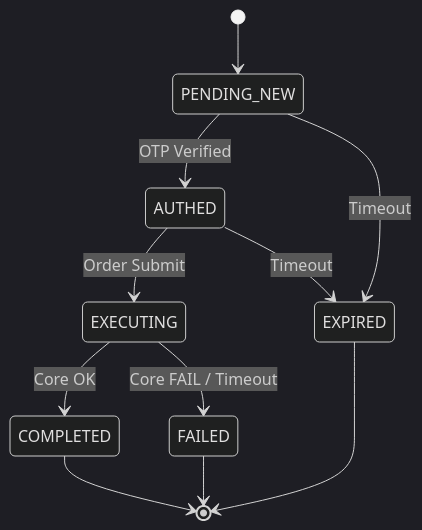
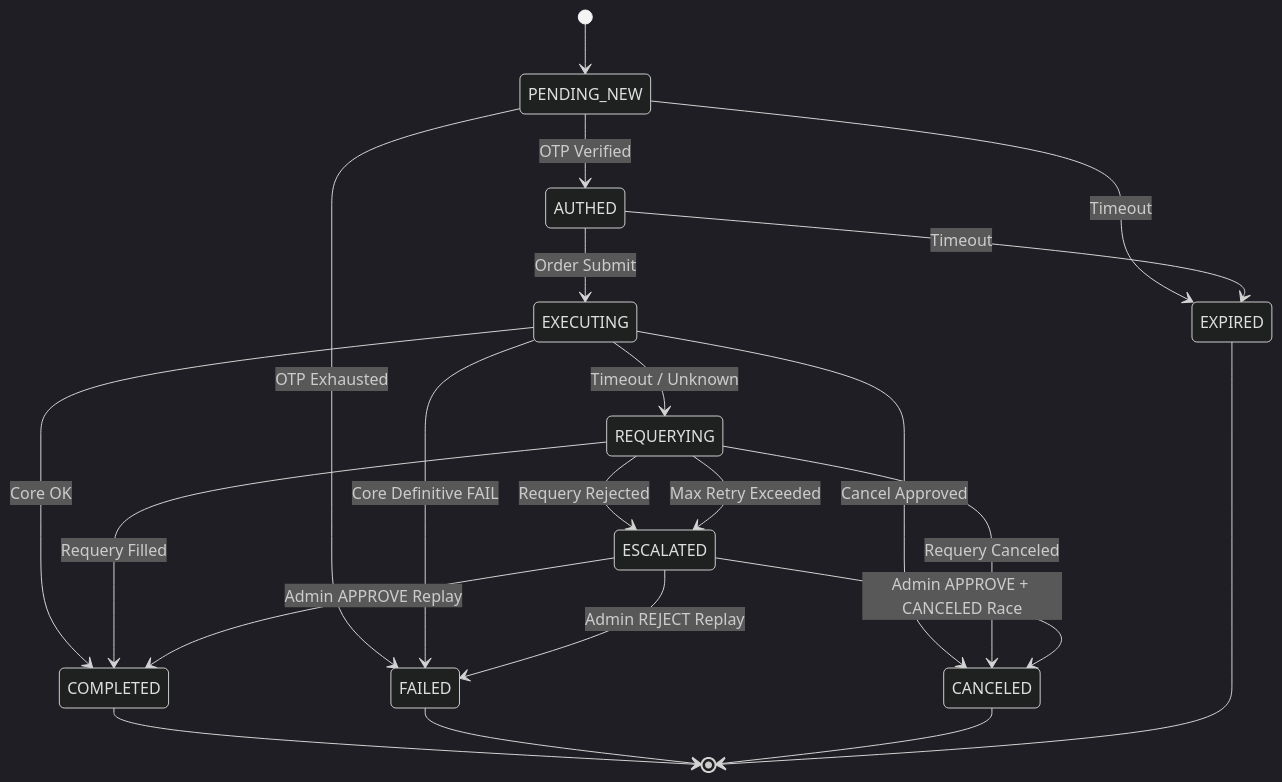
One commit to DoYouLikeFIx/FIXYZ changed the third of 5 diagrams in _bmad-output/planning-artifacts/channels/status_machine.md. Above: the diagram before and after it, drawn with Mermaid (dark theme). The commit also changed other lines of this file and 36 other files, not shown here.

````diff
--- a/_bmad-output/planning-artifacts/channels/status_machine.md
+++ b/_bmad-output/planning-artifacts/channels/status_machine.md
@@ -112,17 +115,28 @@
 ```mermaid
 stateDiagram-v2
     [*] --> PENDING_NEW
     
     PENDING_NEW --> AUTHED: OTP Verified
+    PENDING_NEW --> FAILED: OTP Exhausted
     PENDING_NEW --> EXPIRED: Timeout
     
     AUTHED --> EXECUTING: Order Submit
     AUTHED --> EXPIRED: Timeout
     
     EXECUTING --> COMPLETED: Core OK
-    EXECUTING --> FAILED: Core FAIL / Timeout
+    EXECUTING --> FAILED: Core Definitive FAIL
+    EXECUTING --> CANCELED: Cancel Approved
+    EXECUTING --> REQUERYING: Timeout / Unknown
+    REQUERYING --> COMPLETED: Requery Filled
+    REQUERYING --> ESCALATED: Requery Rejected
+    REQUERYING --> CANCELED: Requery Canceled
+    REQUERYING --> ESCALATED: Max Retry Exceeded
+    ESCALATED --> COMPLETED: Admin APPROVE Replay
+    ESCALATED --> FAILED: Admin REJECT Replay
+    ESCALATED --> CANCELED: Admin APPROVE + CANCELED Race
     
     COMPLETED --> [*]
     FAILED --> [*]
+    CANCELED --> [*]
     EXPIRED --> [*]
 ```
````
